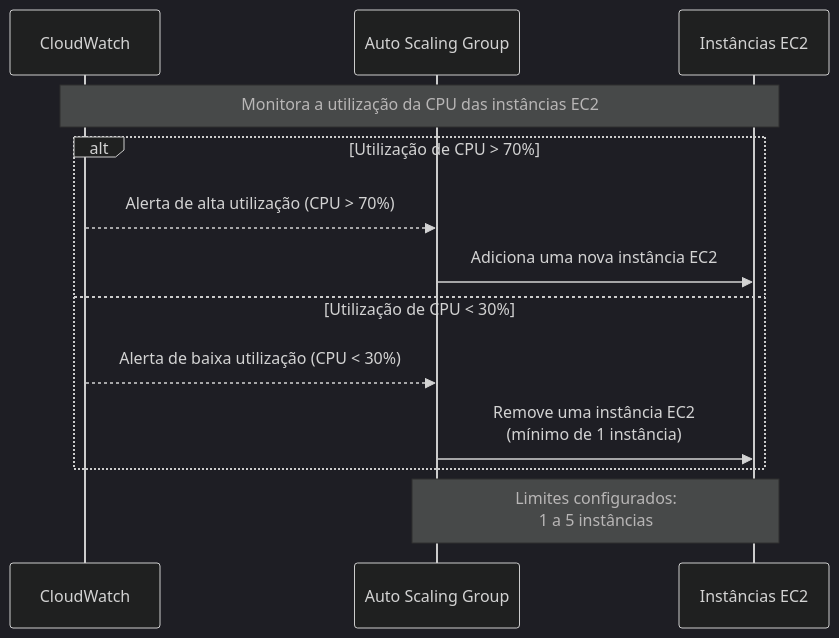
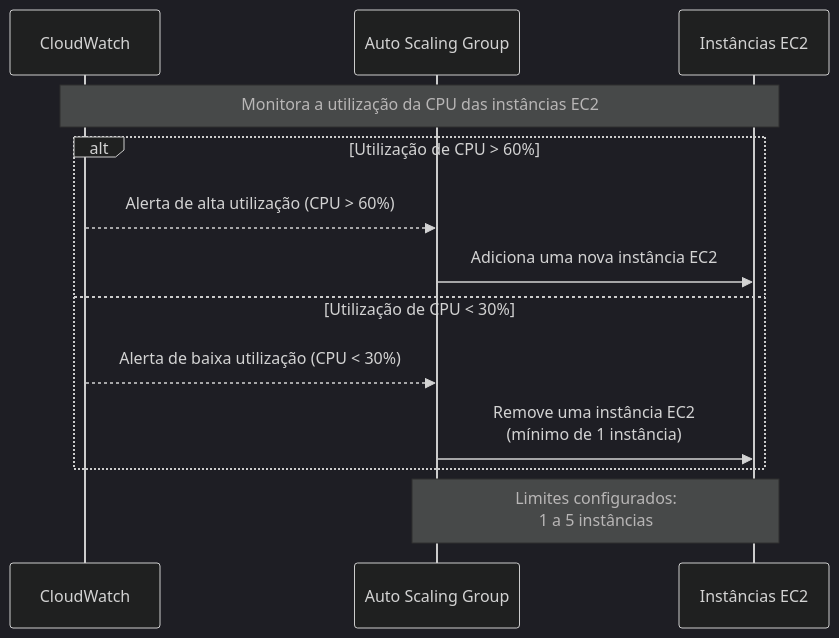
The diagram in diagrams/auto-scaling-horizontal-scalability.mmd (pitroldev/uerj-tcc), drawn with Mermaid (dark theme) before and after one commit. The commit also changed 5 other files, not shown here.

```diff
--- a/diagrams/auto-scaling-horizontal-scalability.mmd
+++ b/diagrams/auto-scaling-horizontal-scalability.mmd
@@ -1,16 +1,16 @@
 sequenceDiagram
     participant CloudWatch as CloudWatch
     participant AutoScalingGroup as Auto Scaling Group
     participant EC2 as Instâncias EC2
 
     Note over CloudWatch, EC2: Monitora a utilização da CPU das instâncias EC2
 
-    alt Utilização de CPU > 70%
-        CloudWatch-->>AutoScalingGroup: Alerta de alta utilização (CPU > 70%)
+    alt Utilização de CPU > 60%
+        CloudWatch-->>AutoScalingGroup: Alerta de alta utilização (CPU > 60%)
         AutoScalingGroup->>EC2: Adiciona uma nova instância EC2
     else Utilização de CPU < 30%
         CloudWatch-->>AutoScalingGroup: Alerta de baixa utilização (CPU < 30%)
         AutoScalingGroup->>EC2: Remove uma instância EC2<br/>(mínimo de 1 instância)
     end
 
     Note over EC2, AutoScalingGroup: Limites configurados:<br/>1 a 5 instâncias
```
